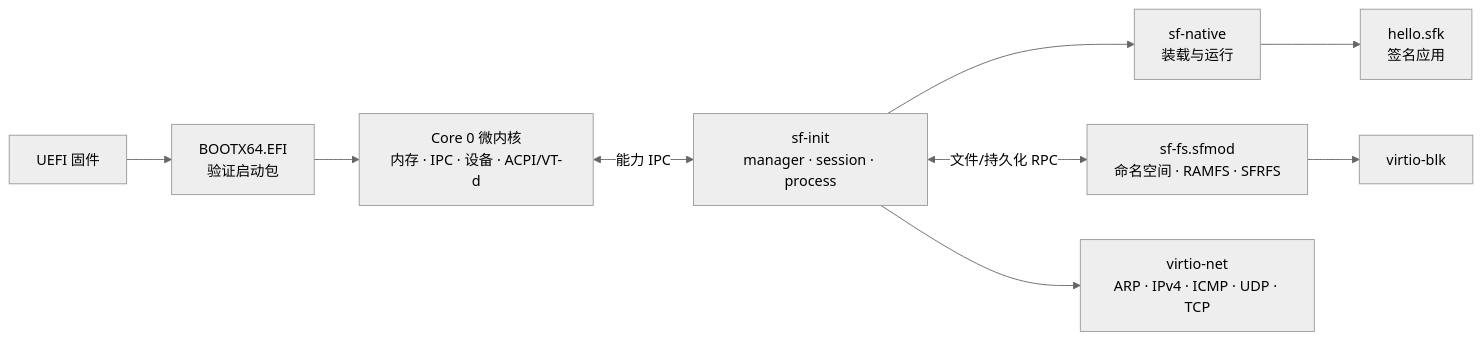
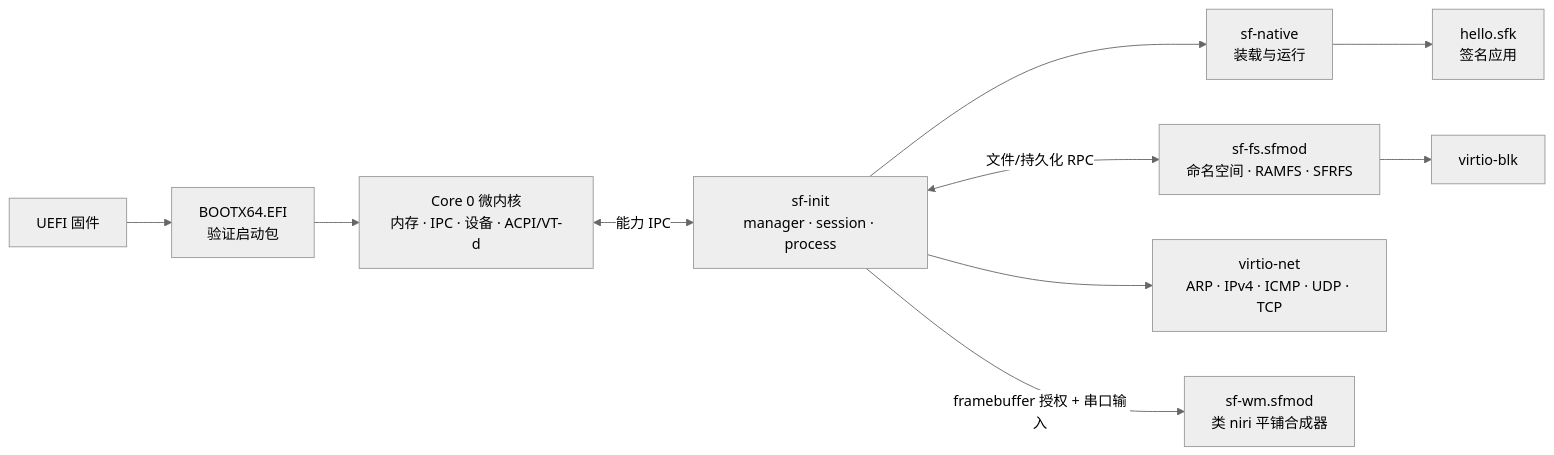
The diagram in README.md (fwqfzqaz/SpiritFoxOS), drawn with Mermaid (neutral theme) before and after one commit. The commit also changed other lines of this file and 32 other files, not shown here.

````diff
--- a/README.md
+++ b/README.md
@@ -34,11 +35,12 @@
 ```mermaid
 flowchart LR
     FW[UEFI 固件] --> EFI[BOOTX64.EFI<br/>验证启动包]
     EFI --> CORE[Core 0 微内核<br/>内存 · IPC · 设备 · ACPI/VT-d]
     CORE <-->|能力 IPC| INIT[sf-init<br/>manager · session · process]
     INIT --> NATIVE[sf-native<br/>装载与运行]
     INIT <-->|文件/持久化 RPC| FS[sf-fs.sfmod<br/>命名空间 · RAMFS · SFRFS]
     FS --> BLK[virtio-blk]
     INIT --> NET[virtio-net<br/>ARP · IPv4 · ICMP · UDP · TCP]
+    INIT -->|framebuffer 授权 + 串口输入| WM[sf-wm.sfmod<br/>类 niri 平铺合成器]
     NATIVE --> APP[hello.sfk<br/>签名应用]
 ```
````
